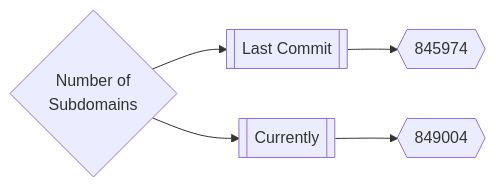
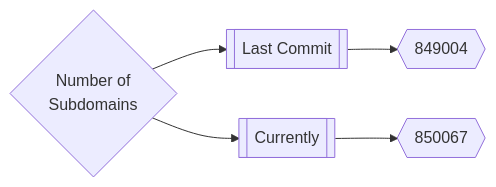
The first of 3 diagrams in README.md (trickest/inventory), drawn with Mermaid before and after one commit. The commit also changed other lines of this file, not shown here.

Commit message:
Update README.md Tue Jun  7 17:42:45 UTC 2022

````diff
--- a/README.md
+++ b/README.md
@@ -165,5 +165,5 @@
 ```mermaid
 graph LR
-title{Number of<br>Subdomains} --> subdomainsDate1[[Last Commit]] --> subdomainsNum1{{845974}}
-title --> subdomainsDate2[[Currently]] --> subdomainsNum2{{849004}}
+title{Number of<br>Subdomains} --> subdomainsDate1[[Last Commit]] --> subdomainsNum1{{849004}}
+title --> subdomainsDate2[[Currently]] --> subdomainsNum2{{850067}}
 ```
````
